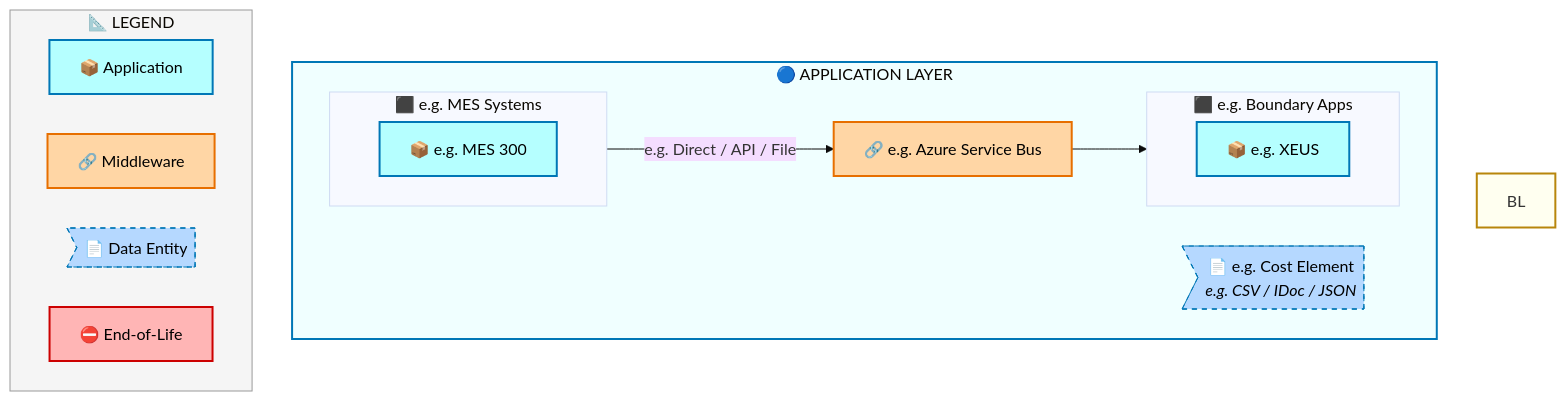
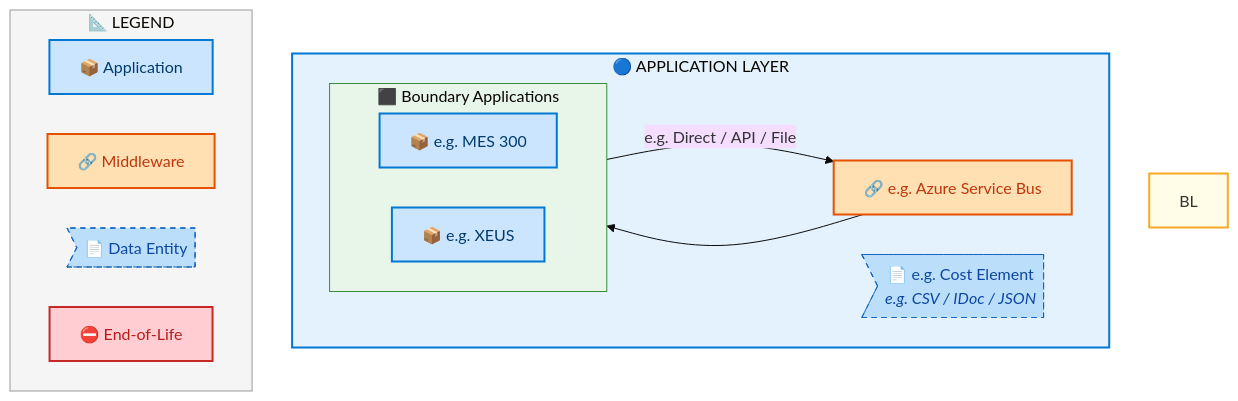
The fifth of 7 diagrams in towers/E2E/Procure to Pay/E2E-123/output/docs/systems-architecture/E2E-123-Architecture.md (sajivfrancis777/IAO-Architecture), drawn with Mermaid before and after one commit. The commit also changed other lines of this file and 394 other files, not shown here.

First line of the commit message:
feat: structured layer ordering for Mermaid architecture diagrams

````diff
--- a/towers/E2E/Procure to Pay/E2E-123/output/docs/systems-architecture/E2E-123-Architecture.md
+++ b/towers/E2E/Procure to Pay/E2E-123/output/docs/systems-architecture/E2E-123-Architecture.md
@@ -451,39 +461,42 @@
 ```mermaid
 %%{init: {"theme": "base", "securityLevel": "loose", "themeVariables": {"fontSize": "16px", "fontFamily": "Segoe UI, Arial, sans-serif"}, "flowchart": {"useMaxWidth": false, "htmlLabels": true, "nodeSpacing": 40, "rankSpacing": 50}} }%%
 flowchart TB
-    %% -- ArchiMate-inspired style classes --
-    classDef business      fill:#FFFFB5,stroke:#B8860B,stroke-width:2px,color:#000
-    classDef app           fill:#B5FFFF,stroke:#0077B6,stroke-width:2px,color:#000
-    classDef data          fill:#B5D8FF,stroke:#0077B6,stroke-width:1px,color:#000,stroke-dasharray: 5 5
-    classDef middleware    fill:#FFD6A5,stroke:#E76F00,stroke-width:2px,color:#000
-    classDef eol           fill:#FFB5B5,stroke:#CC0000,stroke-width:2px,color:#000
+    %% -- ArchiMate 3.2 + Azure style classes --
+    classDef business      fill:#FFFFB3,stroke:#F9A825,stroke-width:2px,color:#000
+    classDef app           fill:#CCE5FF,stroke:#0078D4,stroke-width:2px,color:#003A6C
+    classDef data          fill:#BBDEFB,stroke:#1565C0,stroke-width:1px,color:#0D47A1,stroke-dasharray: 5 5
+    classDef middleware    fill:#FFE0B2,stroke:#E65100,stroke-width:2px,color:#BF360C
+    classDef eol           fill:#FFCDD2,stroke:#C62828,stroke-width:2px,color:#B71C1C
+    classDef saas          fill:#E1BEE7,stroke:#7B1FA2,stroke-width:2px,color:#4A148C
+    classDef cloud         fill:#BBDEFB,stroke:#1565C0,stroke-width:2px,color:#0D47A1
+    classDef onprem        fill:#C8E6C9,stroke:#2E7D32,stroke-width:2px,color:#1B5E20
 
     subgraph AL["🔵 APPLICATION LAYER"]
         direction LR
-        subgraph E2E123FLN_e_g_Boundary_Apps[" ⬛ e.g. Boundary Apps"]
-            direction LR
-            E2E123F_e_g_XEUS["📦 e.g. XEUS"]:::app
-        end
-        subgraph E2E123FLN_e_g_MES_Systems[" ⬛ e.g. MES Systems"]
+        subgraph E2E123FLN_Boundary_Applications[" ⬛ Boundary Applications"]
             direction LR
             E2E123F_e_g_MES_300["📦 e.g. MES 300"]:::app
+            E2E123F_e_g_XEUS["📦 e.g. XEUS"]:::app
         end
         E2E123FMW_e_g_Azure_Service_Bus["🔗 e.g. Azure Service Bus"]:::middleware
         E2E123FDE_e_g_Cost_Element>"📄 e.g. Cost Element<br/><i>e.g. CSV / IDoc / JSON</i>"]:::data
     end
 
     E2E123F_e_g_MES_300 -->|"e.g. Direct / API / File"| E2E123FMW_e_g_Azure_Service_Bus
     E2E123FMW_e_g_Azure_Service_Bus --> E2E123F_e_g_XEUS
 
-    style BL fill:#FFFFF0,stroke:#B8860B,stroke-width:2px
-    style AL fill:#F0FFFF,stroke:#0077B6,stroke-width:2px
+
+    style BL fill:#FFFDE7,stroke:#F9A825,stroke-width:2px
+    style AL fill:#E3F2FD,stroke:#0078D4,stroke-width:2px
+
+    style E2E123FLN_Boundary_Applications fill:#E8F5E9,stroke:#388E3C,stroke-width:1px
 
     subgraph Legend["📐 LEGEND"]
         direction LR
         L_APP["📦 Application"]:::app
         L_MW["🔗 Middleware"]:::middleware
         L_DE>"📄 Data Entity"]:::data
         L_EOL["⛔ End-of-Life"]:::eol
     end
     style Legend fill:#F5F5F5,stroke:#999,stroke-width:1px
 ```
````
